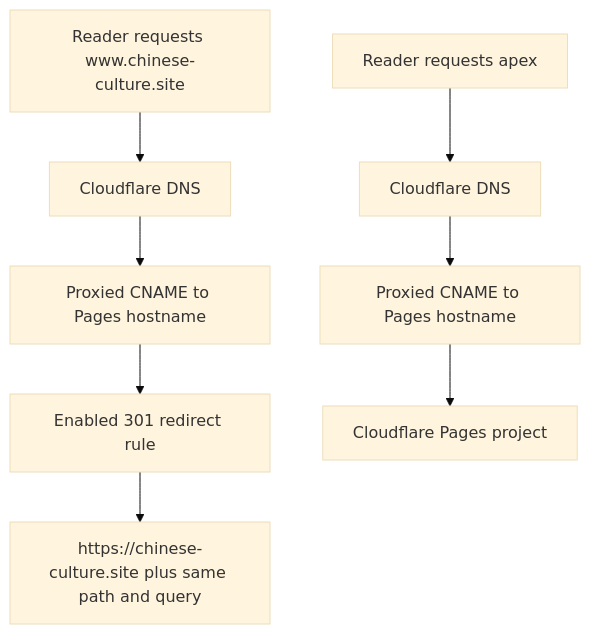
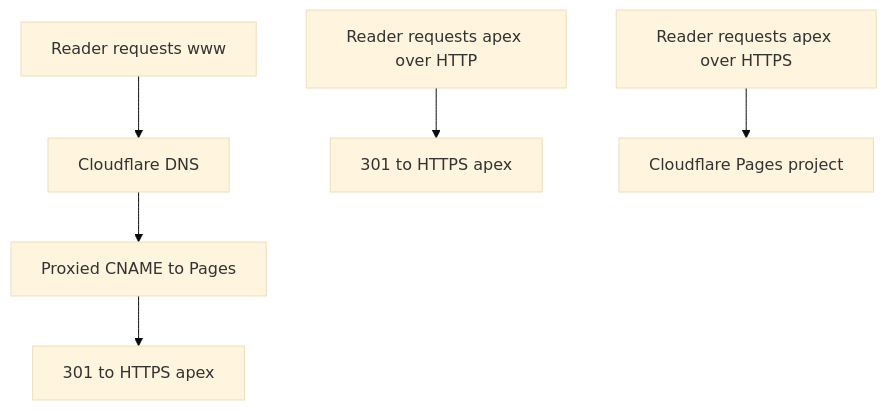
Before and after one commit to JohnZhang-DataForge/chinese-culture: the diagram in docs/architecture/custom-domain-architecture.md, drawn with Mermaid (base theme). The commit also changed other lines of this file and 26 other files, not shown here.

Commit message:
docs: align guidance with shared architecture proposal and live domain state

```diff
--- a/docs/architecture/custom-domain-architecture.md
+++ b/docs/architecture/custom-domain-architecture.md
@@ -13,10 +14,8 @@
 ~~~mermaid
 flowchart TD
-  A[Reader requests www.chinese-culture.site] --> B[Cloudflare DNS]
-  B --> C[Proxied CNAME to Pages hostname]
-  C --> D[Enabled 301 redirect rule]
-  D --> E[https://chinese-culture.site plus same path and query]
-  F[Reader requests apex] --> G[Cloudflare DNS]
-  G --> H[Proxied CNAME to Pages hostname]
-  H --> I[Cloudflare Pages project]
+  A[Reader requests www] --> B[Cloudflare DNS]
+  B --> C[Proxied CNAME to Pages]
+  C --> D[301 to HTTPS apex]
+  E[Reader requests apex over HTTP] --> F[301 to HTTPS apex]
+  G[Reader requests apex over HTTPS] --> H[Cloudflare Pages project]
 ~~~
```
